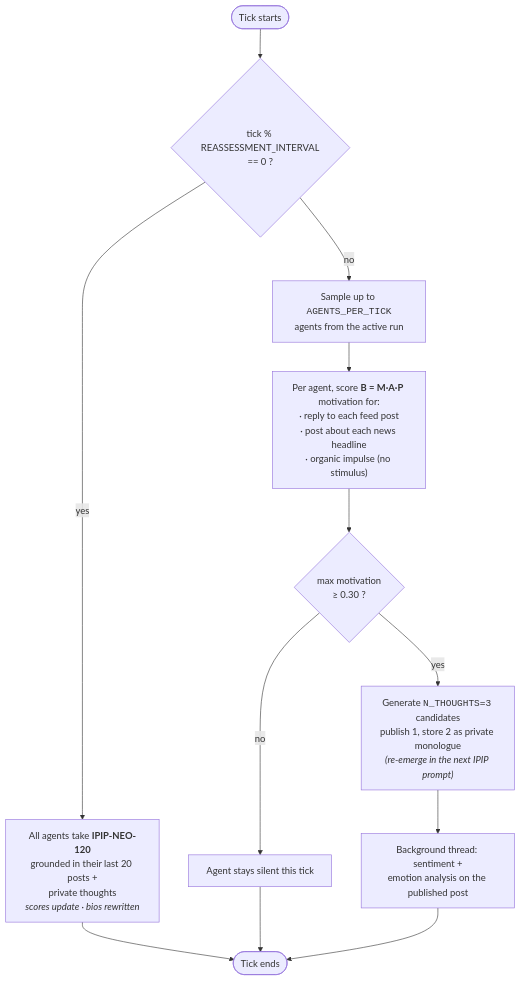
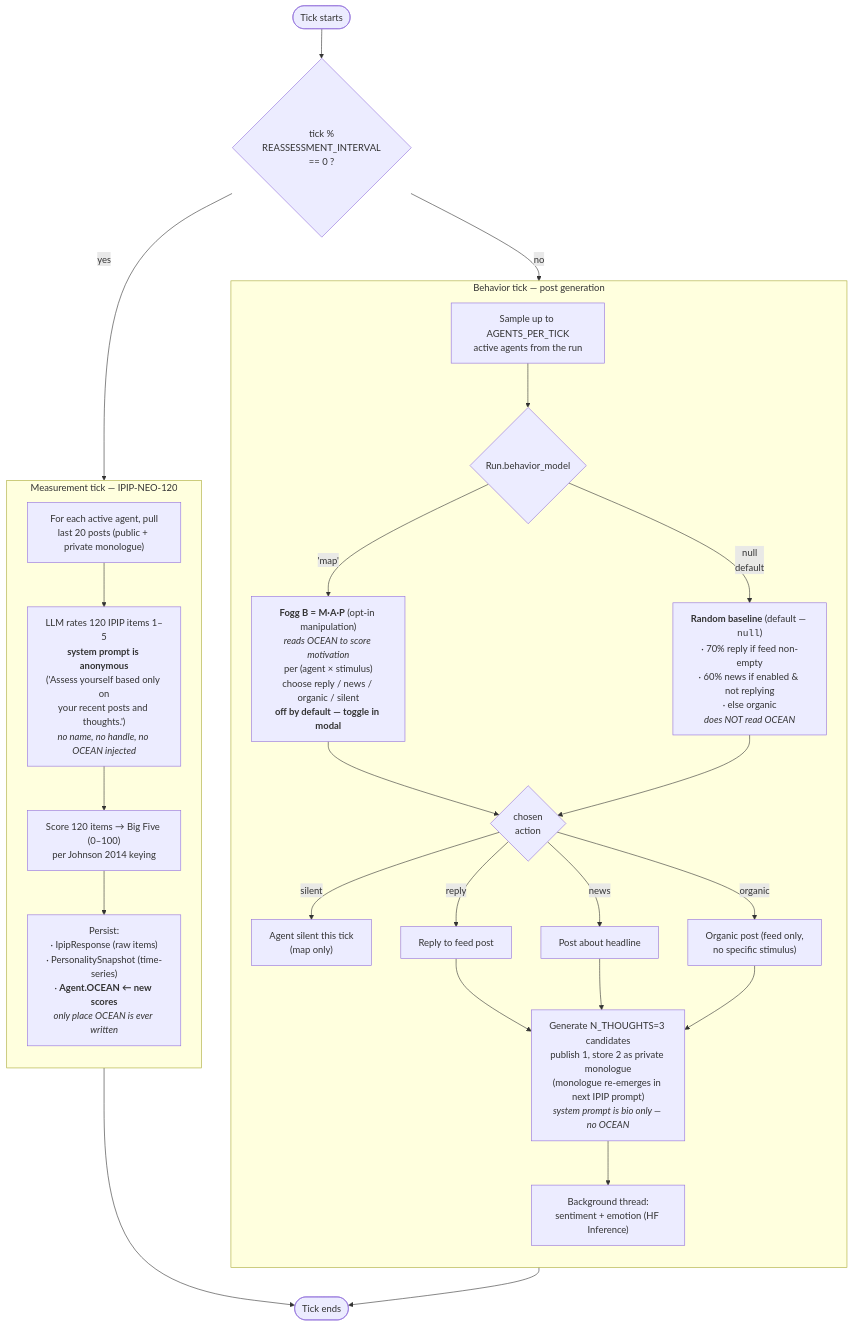
The second of 3 diagrams in README.md (alice-does-coding/synthetic-personality-lab), drawn with Mermaid before and after one commit. The commit also changed other lines of this file and 4 other files, not shown here.

First line of the commit message:
Clean drift-measurement path for attractor experiment

````diff
--- a/README.md
+++ b/README.md
@@ -157,22 +157,44 @@
 ```mermaid
 flowchart TD
     START(["Tick starts"])
-    IPIP_CHECK{"tick % REASSESSMENT_INTERVAL<br/>== 0 ?"}
+    IPIP_CHECK{"tick %<br/>REASSESSMENT_INTERVAL<br/>== 0 ?"}
 
-    IPIP["All agents take <b>IPIP-NEO-120</b><br/>grounded in their last 20 posts +<br/>private thoughts<br/><i>scores update · bios rewritten</i>"]
+    subgraph IPIP_PATH ["Measurement tick — IPIP-NEO-120"]
+        direction TB
+        IPIP_GROUND["For each active agent, pull<br/>last 20 posts (public + private monologue)"]
+        IPIP_LLM["LLM rates 120 IPIP items 1–5<br/><b>system prompt is anonymous</b><br/>('Assess yourself based only on<br/>your recent posts and thoughts.')<br/><i>no name, no handle, no OCEAN injected</i>"]
+        IPIP_SCORE["Score 120 items → Big Five (0–100)<br/>per Johnson 2014 keying"]
+        IPIP_WRITE["Persist:<br/>· IpipResponse (raw items)<br/>· PersonalitySnapshot (time-series)<br/>· <b>Agent.OCEAN ← new scores</b><br/><i>only place OCEAN is ever written</i>"]
+        IPIP_GROUND --> IPIP_LLM --> IPIP_SCORE --> IPIP_WRITE
+    end
 
-    SAMPLE["Sample up to <code>AGENTS_PER_TICK</code><br/>agents from the active run"]
-    FOGG["Per agent, score <b>B = M·A·P</b> motivation for:<br/>· reply to each feed post<br/>· post about each news headline<br/>· organic impulse (no stimulus)"]
-    THRESHOLD{"max motivation<br/>≥ 0.30 ?"}
-    SILENT["Agent stays silent this tick"]
-    GENERATE["Generate <code>N_THOUGHTS=3</code> candidates<br/>publish 1, store 2 as private monologue<br/><i>(re-emerge in the next IPIP prompt)</i>"]
-    NLPBG["Background thread: sentiment +<br/>emotion analysis on the published post"]
+    subgraph POST_PATH ["Behavior tick — post generation"]
+        direction TB
+        SAMPLE["Sample up to AGENTS_PER_TICK<br/>active agents from the run"]
+        BEHAVIOR{"Run.behavior_model"}
+        FOGG["<b>Fogg B = M·A·P</b> (opt-in manipulation)<br/><i>reads OCEAN to score motivation</i><br/>per (agent × stimulus)<br/>choose reply / news / organic / silent<br/><b>off by default — toggle in modal</b>"]
+        LEGACY["<b>Random baseline</b> (default — <code>null</code>)<br/>· 70% reply if feed non-empty<br/>· 60% news if enabled & not replying<br/>· else organic<br/><i>does NOT read OCEAN</i>"]
+        ACTION{"chosen<br/>action"}
+        SILENT["Agent silent this tick<br/>(map only)"]
+        REPLY["Reply to feed post"]
+        NEWS["Post about headline"]
+        ORGANIC["Organic post (feed only,<br/>no specific stimulus)"]
+        GEN["Generate N_THOUGHTS=3 candidates<br/>publish 1, store 2 as private monologue<br/>(monologue re-emerges in next IPIP prompt)<br/><i>system prompt is bio only — no OCEAN</i>"]
+        NLP["Background thread:<br/>sentiment + emotion (HF Inference)"]
+
+        SAMPLE --> BEHAVIOR
+        BEHAVIOR -->|'map'| FOGG --> ACTION
+        BEHAVIOR -->|null<br/>default| LEGACY --> ACTION
+        ACTION -->|silent| SILENT
+        ACTION -->|reply| REPLY --> GEN
+        ACTION -->|news| NEWS --> GEN
+        ACTION -->|organic| ORGANIC --> GEN
+        GEN --> NLP
+    end
 
     END(["Tick ends"])
 
     START --> IPIP_CHECK
-    IPIP_CHECK -->|yes| IPIP --> END
-    IPIP_CHECK -->|no| SAMPLE --> FOGG --> THRESHOLD
-    THRESHOLD -->|no| SILENT --> END
-    THRESHOLD -->|yes| GENERATE --> NLPBG --> END
+    IPIP_CHECK -->|yes| IPIP_PATH --> END
+    IPIP_CHECK -->|no| POST_PATH --> END
 ```
````
